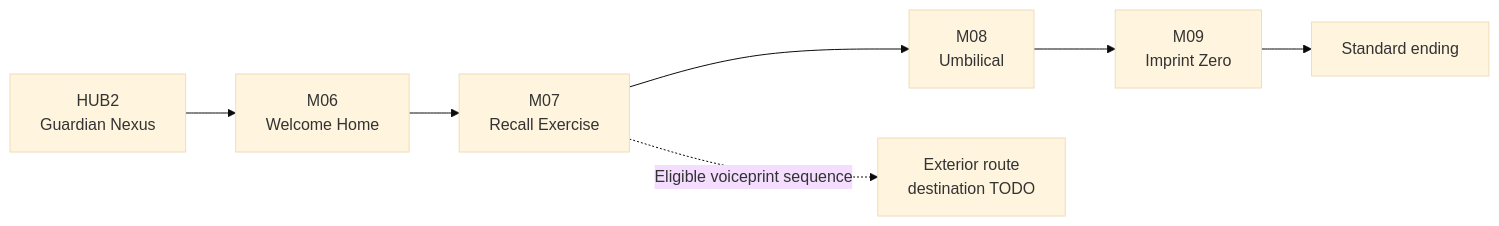
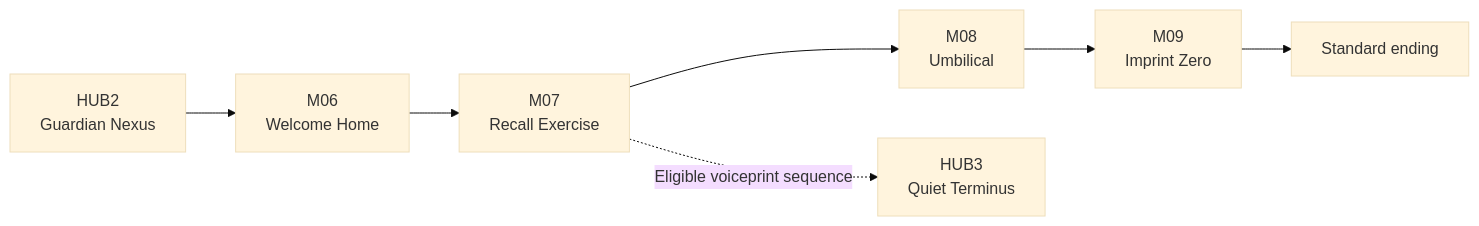
Before and after one commit to justgook/imprint-zero: the diagram in missions/a03.md, drawn with Mermaid (base theme). The commit also changed 3 other files, not shown here.

````diff
--- a/missions/a03.md
+++ b/missions/a03.md
@@ -16,9 +16,9 @@
 ```mermaid
 flowchart LR
     HUB2[HUB2<br/>Guardian Nexus] --> M06[M06<br/>Welcome Home]
     M06 --> M07[M07<br/>Recall Exercise]
     M07 --> M08[M08<br/>Umbilical]
     M08 --> M09[M09<br/>Imprint Zero]
     M09 --> END[Standard ending]
-    M07 -. Eligible voiceprint sequence .-> OUT[Exterior route<br/>destination TODO]
+    M07 -. Eligible voiceprint sequence .-> HUB3[HUB3<br/>Quiet Terminus]
 ```
````
